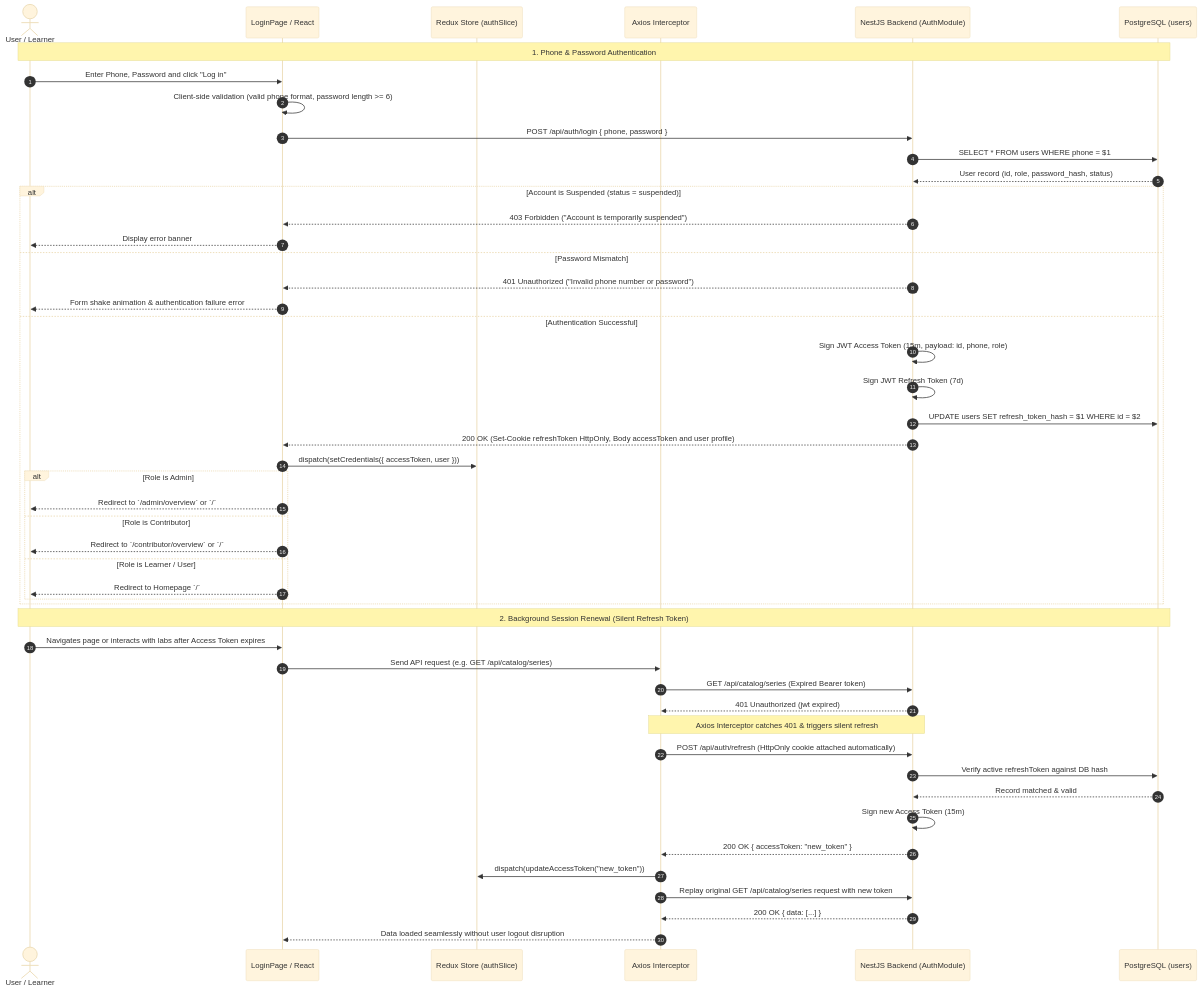
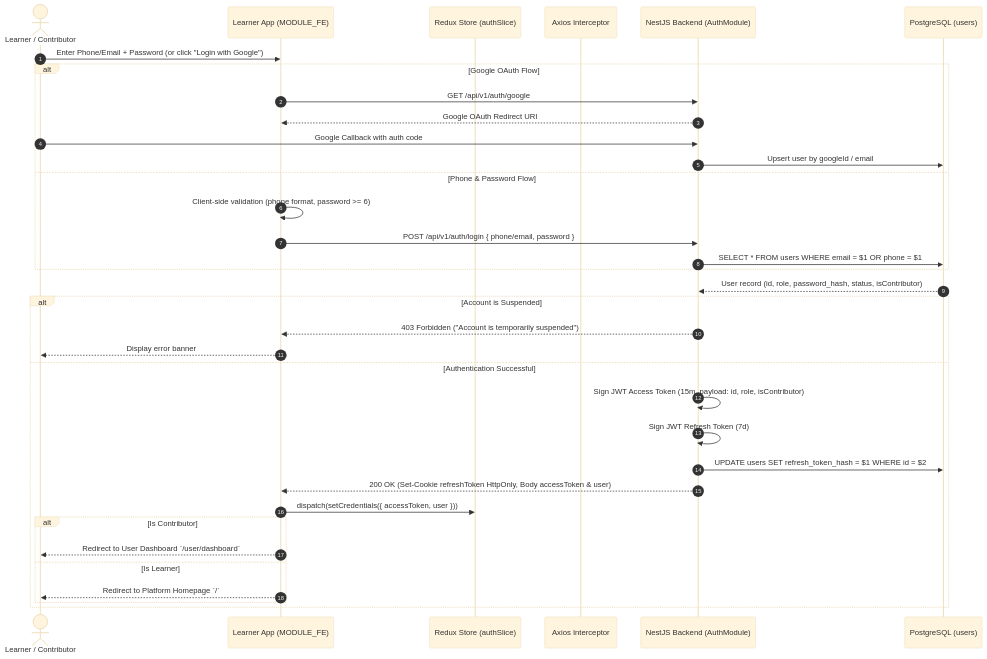
One commit to NguyenKhanhDuy2703/project_education changed the first of 2 diagrams in docs/workflows/01-auth-login-to-home.md. Above: the diagram before and after it, drawn with Mermaid (base theme). The commit also changed other lines of this file and 9 other files, not shown here.

Commit message:
docs(workflows): update workflow sequences to align with standalone admin and contributor onboarding

````diff
--- a/docs/workflows/01-auth-login-to-home.md
+++ b/docs/workflows/01-auth-login-to-home.md
@@ -61,56 +67,39 @@
 ```mermaid
 sequenceDiagram
     autonumber
-    actor User as User / Learner
-    participant FE as LoginPage / React
+    actor User as Learner / Contributor
+    participant FE as Learner App (MODULE_FE)
     participant Redux as Redux Store (authSlice)
     participant Axios as Axios Interceptor
     participant BE as NestJS Backend (AuthModule)
     participant DB as PostgreSQL (users)
 
-    Note over User, DB: 1. Phone & Password Authentication
-    User->>FE: Enter Phone, Password and click "Log in"
-    FE->>FE: Client-side validation (valid phone format, password length >= 6)
-    FE->>BE: POST /api/auth/login { phone, password }
-    BE->>DB: SELECT * FROM users WHERE phone = $1
-    DB-->>BE: User record (id, role, password_hash, status)
+    User->>FE: Enter Phone/Email + Password (or click "Login with Google")
+    alt Google OAuth Flow
+        FE->>BE: GET /api/v1/auth/google
+        BE-->>FE: Google OAuth Redirect URI
+        User->>BE: Google Callback with auth code
+        BE->>DB: Upsert user by googleId / email
+    else Phone & Password Flow
+        FE->>FE: Client-side validation (phone format, password >= 6)
+        FE->>BE: POST /api/v1/auth/login { phone/email, password }
+        BE->>DB: SELECT * FROM users WHERE email = $1 OR phone = $1
+    end
+    DB-->>BE: User record (id, role, password_hash, status, isContributor)
     
-    alt Account is Suspended (status = suspended)
+    alt Account is Suspended
         BE-->>FE: 403 Forbidden ("Account is temporarily suspended")
         FE-->>User: Display error banner
-    else Password Mismatch
-        BE-->>FE: 401 Unauthorized ("Invalid phone number or password")
-        FE-->>User: Form shake animation & authentication failure error
     else Authentication Successful
-        BE->>BE: Sign JWT Access Token (15m, payload: id, phone, role)
+        BE->>BE: Sign JWT Access Token (15m, payload: id, role, isContributor)
         BE->>BE: Sign JWT Refresh Token (7d)
         BE->>DB: UPDATE users SET refresh_token_hash = $1 WHERE id = $2
-        BE-->>FE: 200 OK (Set-Cookie refreshToken HttpOnly, Body accessToken and user profile)
+        BE-->>FE: 200 OK (Set-Cookie refreshToken HttpOnly, Body accessToken & user)
         FE->>Redux: dispatch(setCredentials({ accessToken, user }))
-        
-        alt Role is Admin
-            FE-->>User: Redirect to `/admin/overview` or `/`
-        else Role is Contributor
-            FE-->>User: Redirect to `/contributor/overview` or `/`
-        else Role is Learner / User
-            FE-->>User: Redirect to Homepage `/`
+        alt Is Contributor
+            FE-->>User: Redirect to User Dashboard `/user/dashboard`
+        else Is Learner
+            FE-->>User: Redirect to Platform Homepage `/`
         end
     end
-
-    Note over User, DB: 2. Background Session Renewal (Silent Refresh Token)
-    User->>FE: Navigates page or interacts with labs after Access Token expires
-    FE->>Axios: Send API request (e.g. GET /api/catalog/series)
-    Axios->>BE: GET /api/catalog/series (Expired Bearer token)
-    BE-->>Axios: 401 Unauthorized (jwt expired)
-    
-    Note over Axios, BE: Axios Interceptor catches 401 & triggers silent refresh
-    Axios->>BE: POST /api/auth/refresh (HttpOnly cookie attached automatically)
-    BE->>DB: Verify active refreshToken against DB hash
-    DB-->>BE: Record matched & valid
-    BE->>BE: Sign new Access Token (15m)
-    BE-->>Axios: 200 OK { accessToken: "new_token" }
-    Axios->>Redux: dispatch(updateAccessToken("new_token"))
-    Axios->>BE: Replay original GET /api/catalog/series request with new token
-    BE-->>Axios: 200 OK { data: [...] }
-    Axios-->>FE: Data loaded seamlessly without user logout disruption
 ```
````
